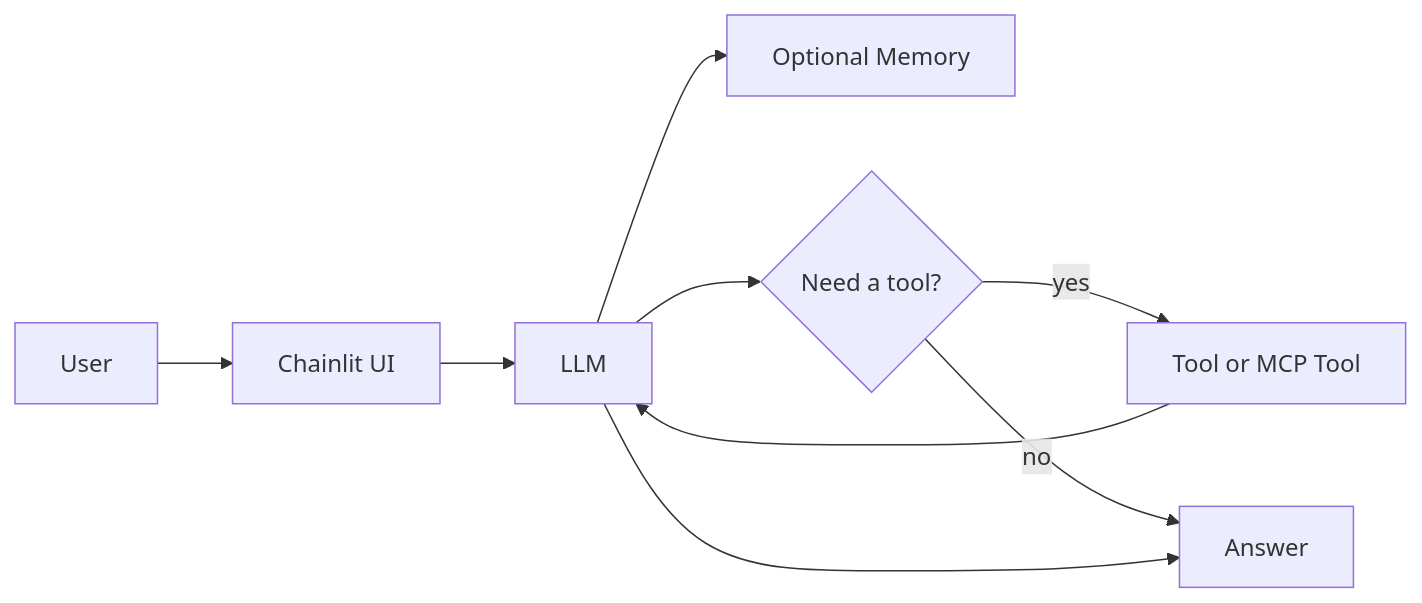
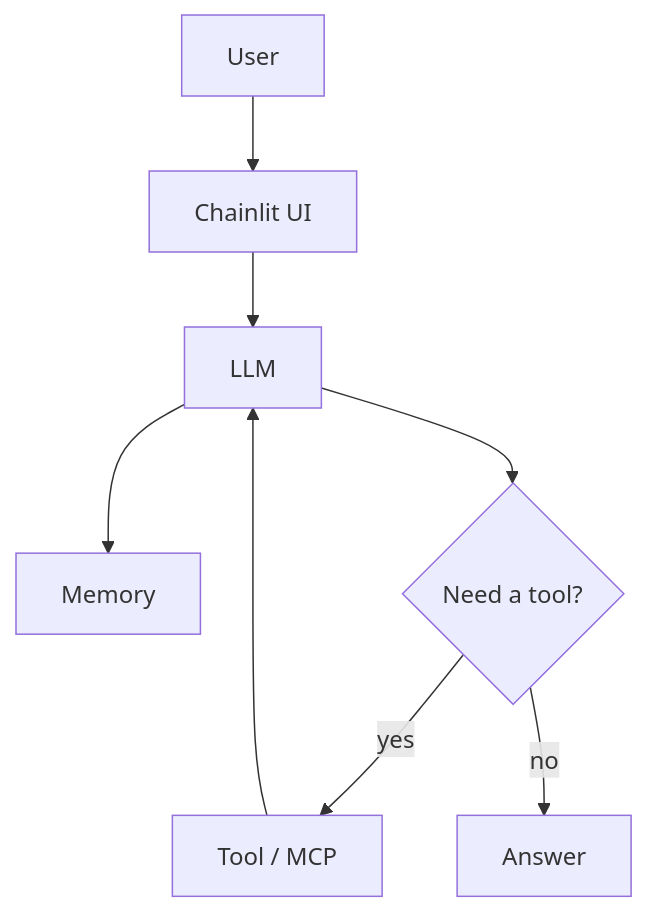
One commit to mimeonline/meierhoff-systems-lab changed the diagram in workshops/001-building-ai-chat-agents/slides/slides.md. Above: the diagram before and after it, drawn with Mermaid. The commit also changed other lines of this file and 2 other files, not shown here.

````diff
--- a/workshops/001-building-ai-chat-agents/slides/slides.md
+++ b/workshops/001-building-ai-chat-agents/slides/slides.md
@@ -53,11 +87,10 @@
 ```mermaid
-flowchart LR
+flowchart TD
   U[User] --> UI[Chainlit UI]
   UI --> LLM[LLM]
-  LLM --> M[Optional Memory]
+  LLM --> M[Memory]
   LLM --> D{Need a tool?}
-  D -->|yes| T[Tool or MCP Tool]
+  D -->|yes| T[Tool / MCP]
   T --> LLM
   D -->|no| A[Answer]
-  LLM --> A
 ```
````
